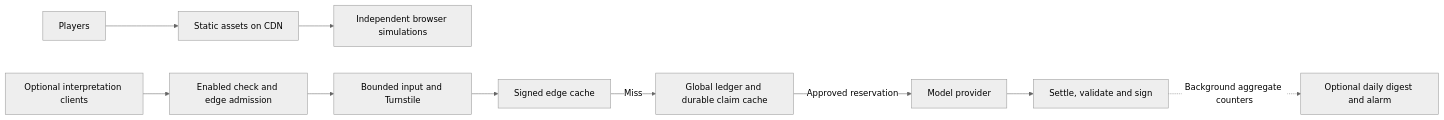
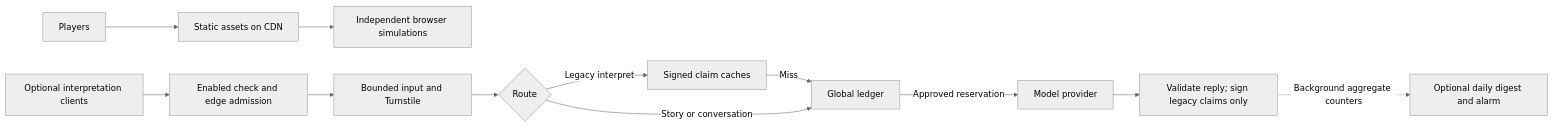
The diagram in docs/scale.md (Maddy824/Rumourtown), drawn with Mermaid (neutral theme) before and after one commit. The commit also changed other lines of this file and 19 other files, not shown here.

````diff
--- a/docs/scale.md
+++ b/docs/scale.md
@@ -7,12 +7,14 @@
 ```mermaid
 flowchart LR
   P[Players] --> CDN[Static assets on CDN]
   CDN --> B[Independent browser simulations]
   D[Optional interpretation clients] --> E[Enabled check and edge admission]
   E --> T[Bounded input and Turnstile]
-  T --> C[Signed edge cache]
-  C -->|Miss| L[Global ledger and durable claim cache]
+  T --> R{Route}
+  R -->|Legacy interpret| C[Signed claim caches]
+  C -->|Miss| L[Global ledger]
+  R -->|Story or conversation| L
   L -->|Approved reservation| M[Model provider]
-  M --> S[Settle, validate and sign]
+  M --> S["Validate reply; sign legacy claims only"]
   S -. Background aggregate counters .-> N[Optional daily digest and alarm]
 ```
````
